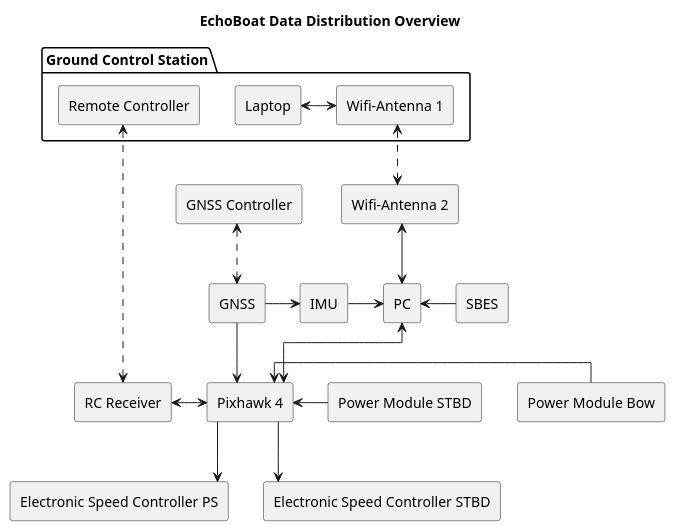
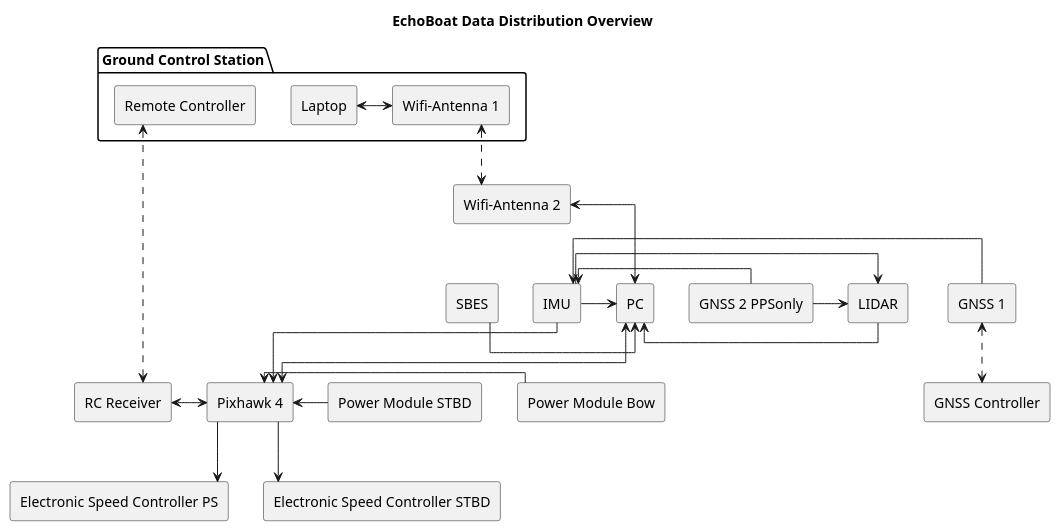
Before and after one commit to MalteBiermann/EchoBoat: the diagram in electrical_schemes/overview/overview_data.plantuml, drawn with PlantUML. The commit also changed 3 other files, not shown here.

Commit message:
future imu + gnss2 added

```diff
--- a/electrical_schemes/overview/overview_data.plantuml
+++ b/electrical_schemes/overview/overview_data.plantuml
@@ -1,60 +1,69 @@
 @startuml
 title "EchoBoat Data Distribution Overview"
 skinparam componentStyle rectangle
 skinparam linetype ortho
 
 component "Pixhawk 4" as PH
 component "PC"
 component "SBES"
-component "GNSS"
-component "GNSS Controller" as GNSSC
+
+together {
+together {
+    component "GNSS 1" as GNSS1
+    component "GNSS Controller" as GNSSC
+}
+component "GNSS 2 PPSonly" as GNSS2
 component "IMU"
-' component "LIDAR"
-' component "GNSS 2" as GNSS2
+component "LIDAR"
+}
+
 together {
 component "Power Module STBD" as PMstbd
 component "Power Module Bow" as PMbow
 }
 
 component "Electronic Speed Controller PS" as ESCps
 component "Electronic Speed Controller STBD" as ESCstbd
 component "RC Receiver" as RCtrans
 
 package "Ground Control Station"{
     component "Remote Controller" as RC
     component "Laptop"
     component "Wifi-Antenna 1" as Wifi1
 }
 component "Wifi-Antenna 2" as Wifi2
 
 RCtrans <-> PH
 RC <..down..> RCtrans
 
 Wifi1 <-left-> Laptop
 Wifi1 <..> Wifi2
-Wifi2 <-down-> PC
+Wifi2 <-right-> PC
 
 PMbow -left-> PH 
-
 PMstbd -left-> PH
 
 PH <-up-> PC
 
-SBES -left-> PC
+SBES -r-> PC
 
-' GNSS2 -d-> LIDAR
-' LIDAR --> PC
+IMU --> LIDAR
+LIDAR -> PC
+GNSS2 -> LIDAR
+GNSS2 -l-> IMU
 
-GNSS -> PH
-GNSS -> IMU
+
+GNSS1 <..> GNSSC
+GNSS1 --> IMU
+IMU -> PH
 IMU -> PC
-GNSS <.up.> GNSSC
+
 
 PH -down-> ESCps
 PH -down-> ESCstbd
 
 ' [Battery PS] -up-> ESCps
 ' [PMstbd] -right-> ESCstbd
 
 ' hide @unlinked
 @enduml
```
